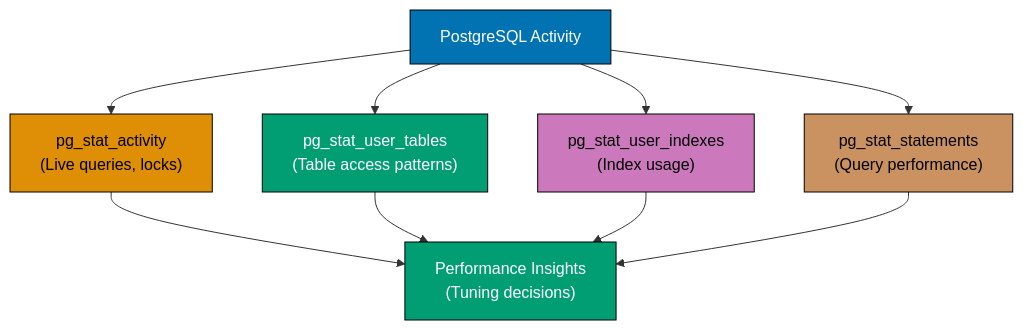
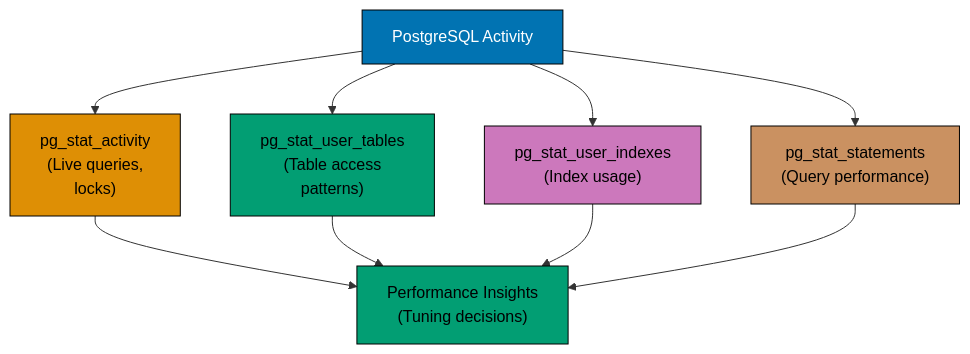
The ninth of 10 diagrams in apps/ayokoding-www/content/en/learn/legacy/software-engineering/data/databases/postgresql/by-example/advanced.md (wahidyankf/ose-public), drawn with Mermaid before and after one commit. The commit also changed other lines of this file and 131 other files, not shown here.

First line of the commit message:
fix(mermaid): bring the legacy data, infrastructure, and testing diagrams onto the accessible palette

````diff
--- a/apps/ayokoding-www/content/en/learn/legacy/software-engineering/data/databases/postgresql/by-example/advanced.md
+++ b/apps/ayokoding-www/content/en/learn/legacy/software-engineering/data/databases/postgresql/by-example/advanced.md
@@ -3954,26 +4014,34 @@
 ```mermaid
 %% Color Palette: Blue #0173B2, Orange #DE8F05, Teal #029E73, Purple #CC78BC, Brown #CA9161
 graph TD
+    accTitle: Example 80: Monitoring with pgstat Views
+    accDescr: Graph with 6 nodes and 8 connections. Nodes: PostgreSQL Activity, pg_stat_activity (Live queries, locks), pg_stat_user_tables (Table access patterns), pg_stat_user_indexes (Index usage), pg_stat_statements (Query performance), Performance Insights (Tuning decisions). Connections: PostgreSQL Activity to pg_stat_activity (Live queries, locks), PostgreSQL Activity to pg_stat_user_tables (Table access patterns), PostgreSQL Activity to pg_stat_user_indexes (Index usage), PostgreSQL Activity to pg_stat_statements (Query performance), pg_stat_activity (Live queries, locks) to Performance Insights (Tuning decisions), pg_stat_user_tables (Table access patterns) to Performance Insights (Tuning decisions), pg_stat_user_indexes (Index usage) to Performance Insights (Tuning decisions), pg_stat_statements (Query performance) to Performance Insights (Tuning decisions).
     A["PostgreSQL Activity"]
-    B["pg_stat_activity<br/>(Live queries, locks)"]
-    C["pg_stat_user_tables<br/>(Table access patterns)"]
+    B["pg_stat_activity<br/>(Live queries,<br/>locks)"]
+    C["pg_stat_user_tables<br/>(Table access<br/>patterns)"]
     D["pg_stat_user_indexes<br/>(Index usage)"]
     E["pg_stat_statements<br/>(Query performance)"]
     F["Performance Insights<br/>(Tuning decisions)"]
 
     A --> B
     A --> C
     A --> D
     A --> E
     B --> F
     C --> F
     D --> F
     E --> F
 
-    style A fill:#0173B2,stroke:#000,color:#fff
-    style B fill:#DE8F05,stroke:#000,color:#000
-    style C fill:#029E73,stroke:#000,color:#fff
-    style D fill:#CC78BC,stroke:#000,color:#000
-    style E fill:#CA9161,stroke:#000,color:#000
-    style F fill:#029E73,stroke:#000,color:#fff
+    classDef pal-0173B2 fill:#0173B2,stroke:#000000,color:#FFFFFF
+    class A pal-0173B2
+    classDef pal-DE8F05 fill:#DE8F05,stroke:#000000,color:#000000
+    class B pal-DE8F05
+    classDef pal-029E73 fill:#029E73,stroke:#000000,color:#000000
+    class C pal-029E73
+    classDef pal-CC78BC fill:#CC78BC,stroke:#000000,color:#000000
+    class D pal-CC78BC
+    classDef pal-CA9161 fill:#CA9161,stroke:#000000,color:#000000
+    class E pal-CA9161
+    class F pal-029E73
+    classDef default fill:#FFFFFF,stroke:#000000,color:#000000
 ```
````
